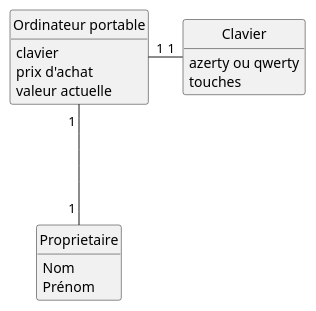
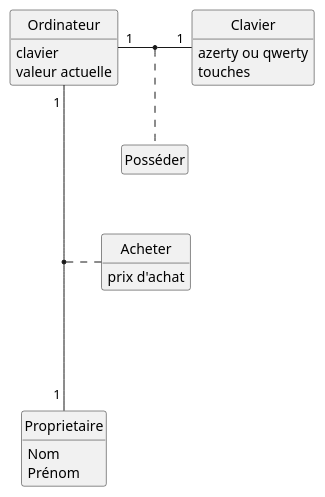
One commit to IUT-Blagnac/bcoo-Andji-Ali changed the diagram in TD1.2.2.plantuml. Above: the diagram before and after it, drawn with PlantUML.

```diff
--- a/TD1.2.2.plantuml
+++ b/TD1.2.2.plantuml
@@ -1,29 +1,35 @@
 @startuml Ordinateurs portables
 '--------------------------------
 ' Parametres pour le dessin
 '--------------------------------
 hide circle
 hide empty members
 hide empty methods
 '--------------------------------
-class "Ordinateur portable"{
+
+class "Ordinateur"{
 clavier
-prix d'achat
 valeur actuelle
 }
 
 class Clavier{
     azerty ou qwerty
     touches
 }
 
 class Proprietaire{
     Nom
     Prénom
 }
 
-"Ordinateur portable" "1" - "1" Clavier
-"Ordinateur portable" "1 " --- "1 " Proprietaire
+Ordinateur "1" - "1" Clavier
+Ordinateur "1 " --- "1 " Proprietaire
 
+(Ordinateur, Clavier) . Posséder
+(Ordinateur, Proprietaire) . Acheter
+
+class Acheter {
+    prix d'achat
+}
 
 @enduml
```
